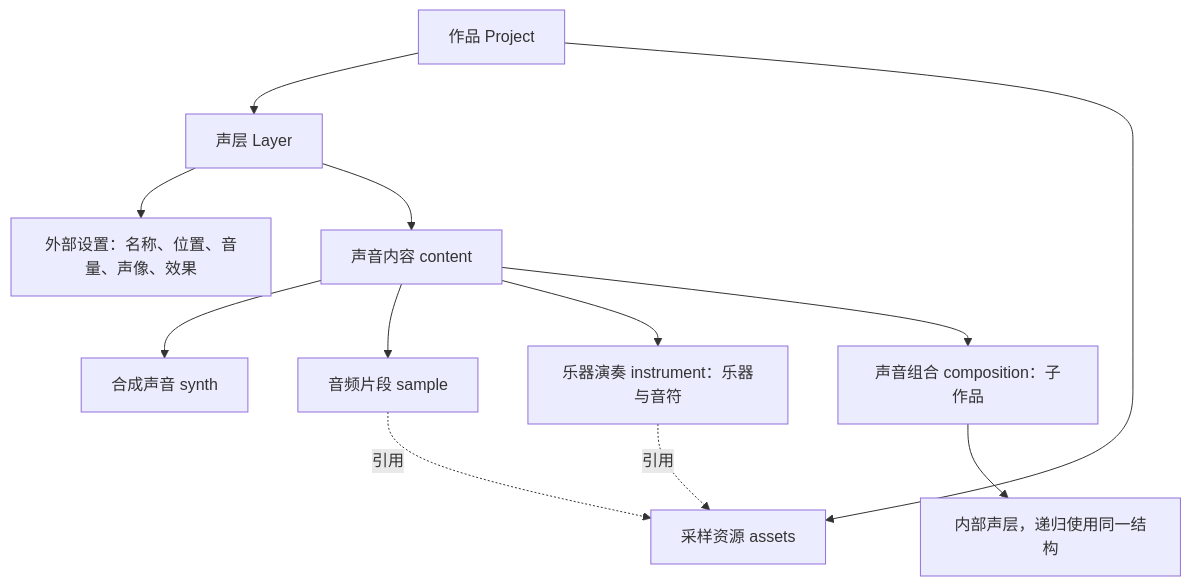
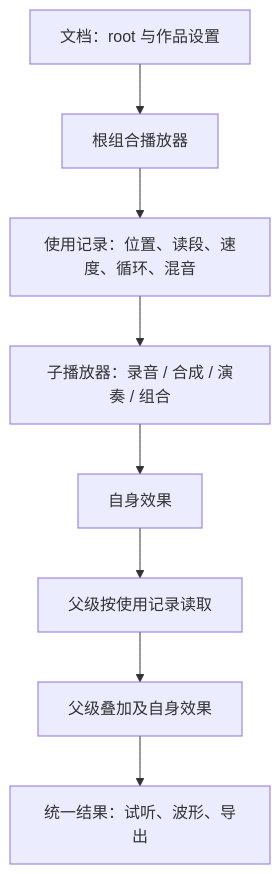
Before and after one commit to BreezyMomo/MomoSoundForge: the diagram in docs/sound-design-plan.md, drawn with Mermaid. The commit also changed other lines of this file and 82 other files, not shown here.

````diff
--- a/docs/sound-design-plan.md
+++ b/docs/sound-design-plan.md
@@ -7,14 +17,10 @@
 ```mermaid
-flowchart TB
-  P[作品 Project] --> L[声层 Layer]
-  P --> A[采样资源 assets]
-  L --> O[外部设置：名称、位置、音量、声像、效果]
-  L --> C[声音内容 content]
-  C --> S[合成声音 synth]
-  C --> R[音频片段 sample]
-  C --> I[乐器演奏 instrument：乐器与音符]
-  C --> G[声音组合 composition：子作品]
-  G --> L2[内部声层，递归使用同一结构]
-  R -.引用.-> A
-  I -.引用.-> A
+flowchart TD
+  Doc[文档：root 与作品设置] --> Root[根组合播放器]
+  Root --> Input[使用记录：位置、读段、速度、循环、混音]
+  Input --> Child[子播放器：录音 / 合成 / 演奏 / 组合]
+  Child --> FX[自身效果]
+  FX --> Read[父级按使用记录读取]
+  Read --> Mix[父级叠加及自身效果]
+  Mix --> Output[统一结果：试听、波形、导出]
 ```
````
